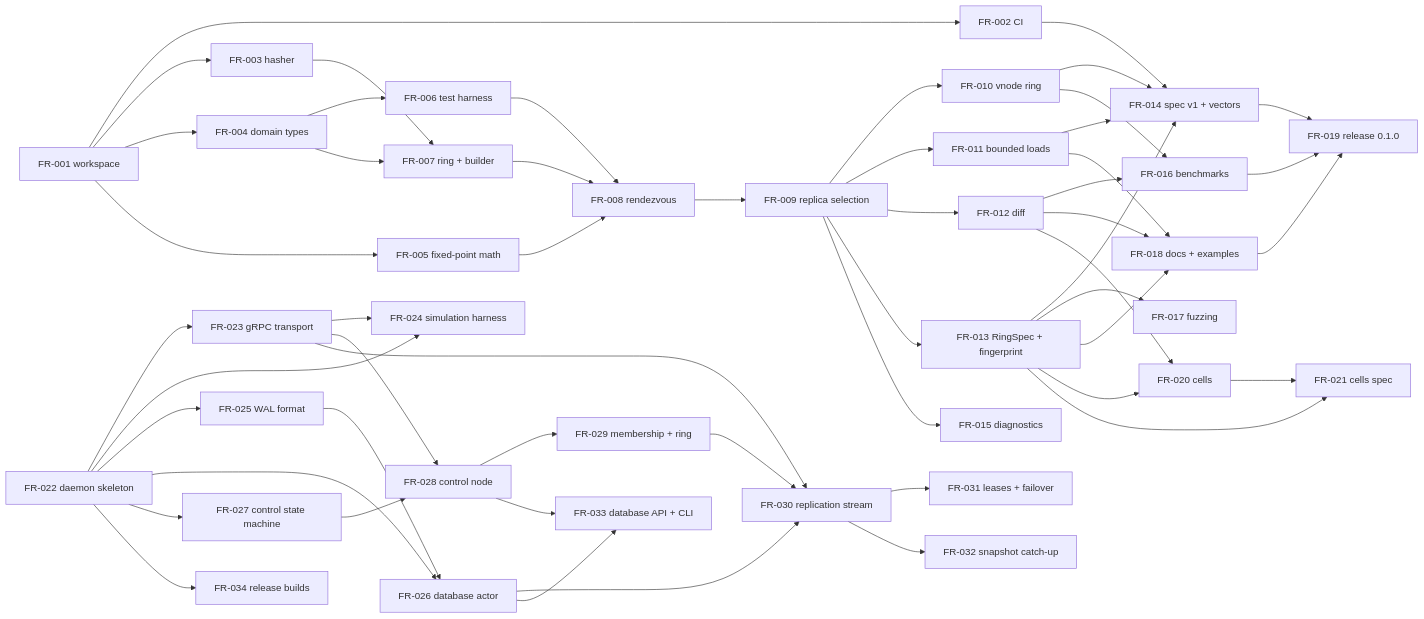
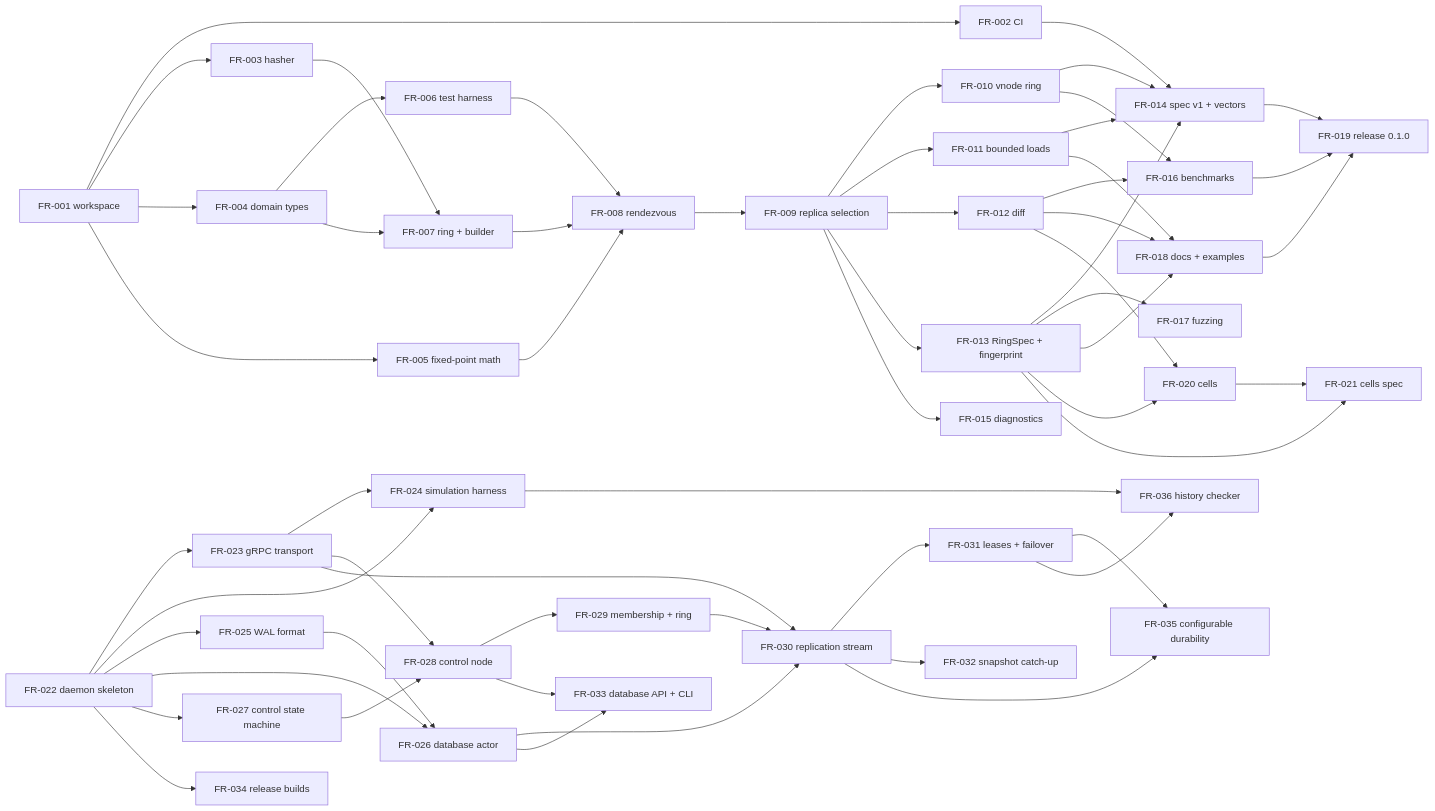
The diagram in docs/tickets/README.md (fleetring/fleetring), drawn with Mermaid before and after one commit. The commit also changed other lines of this file and 4 other files, not shown here.

First line of the commit message:
docs: plan configurable durability and a history checker

````diff
--- a/docs/tickets/README.md
+++ b/docs/tickets/README.md
@@ -81,54 +84,58 @@
 ```mermaid
 flowchart LR
   FR001[FR-001 workspace] --> FR002[FR-002 CI]
   FR001 --> FR003[FR-003 hasher]
   FR001 --> FR004[FR-004 domain types]
   FR001 --> FR005[FR-005 fixed-point math]
   FR004 --> FR006[FR-006 test harness]
   FR003 --> FR007[FR-007 ring + builder]
   FR004 --> FR007
   FR005 --> FR008[FR-008 rendezvous]
   FR006 --> FR008
   FR007 --> FR008
   FR008 --> FR009[FR-009 replica selection]
   FR009 --> FR010[FR-010 vnode ring]
   FR009 --> FR011[FR-011 bounded loads]
   FR009 --> FR012[FR-012 diff]
   FR009 --> FR013[FR-013 RingSpec + fingerprint]
   FR009 --> FR015[FR-015 diagnostics]
   FR002 --> FR014[FR-014 spec v1 + vectors]
   FR010 --> FR014
   FR011 --> FR014
   FR013 --> FR014
   FR010 --> FR016[FR-016 benchmarks]
   FR012 --> FR016
   FR013 --> FR017[FR-017 fuzzing]
   FR011 --> FR018[FR-018 docs + examples]
   FR012 --> FR018
   FR013 --> FR018
   FR014 --> FR019[FR-019 release 0.1.0]
   FR016 --> FR019
   FR018 --> FR019
   FR012 --> FR020[FR-020 cells]
   FR013 --> FR020
   FR013 --> FR021[FR-021 cells spec]
   FR020 --> FR021
   FR022[FR-022 daemon skeleton] --> FR023[FR-023 gRPC transport]
   FR022 --> FR024[FR-024 simulation harness]
   FR023 --> FR024
   FR022 --> FR025[FR-025 WAL format]
   FR022 --> FR026[FR-026 database actor]
   FR025 --> FR026
   FR022 --> FR027[FR-027 control state machine]
   FR023 --> FR028[FR-028 control node]
   FR027 --> FR028
   FR028 --> FR029[FR-029 membership + ring]
   FR023 --> FR030[FR-030 replication stream]
   FR026 --> FR030
   FR029 --> FR030
   FR030 --> FR031[FR-031 leases + failover]
   FR030 --> FR032[FR-032 snapshot catch-up]
   FR026 --> FR033[FR-033 database API + CLI]
   FR028 --> FR033
   FR022 --> FR034[FR-034 release builds]
+  FR030 --> FR035[FR-035 configurable durability]
+  FR031 --> FR035
+  FR024 --> FR036[FR-036 history checker]
+  FR031 --> FR036
 ```
````
